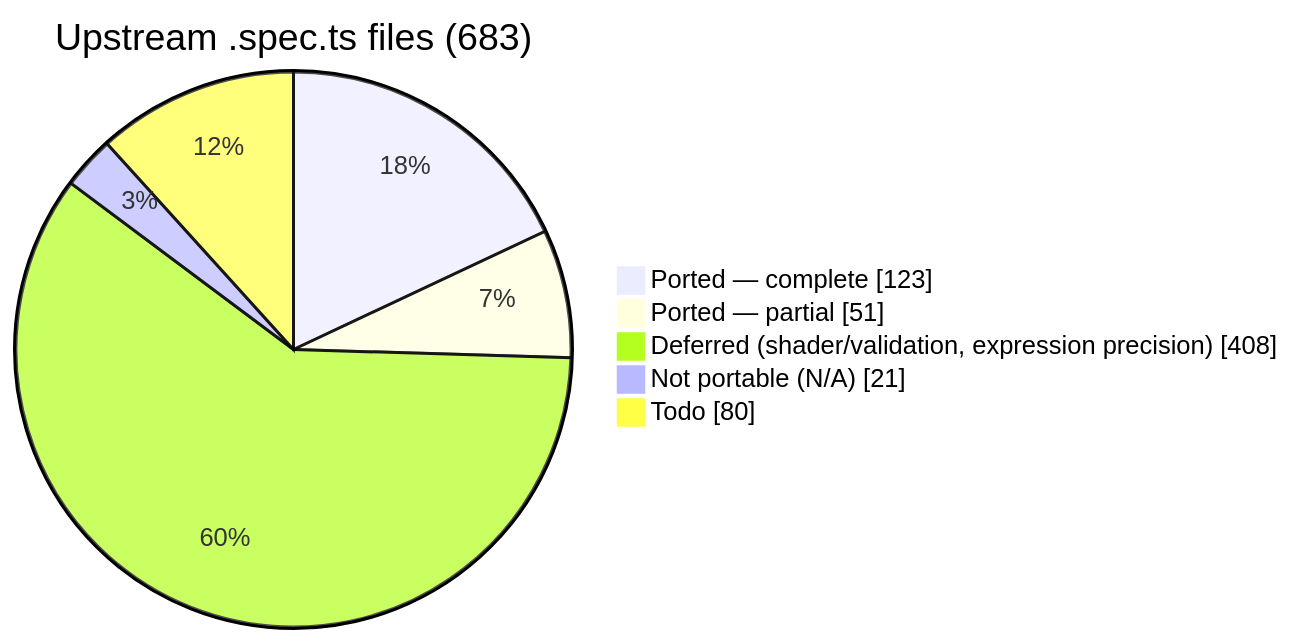
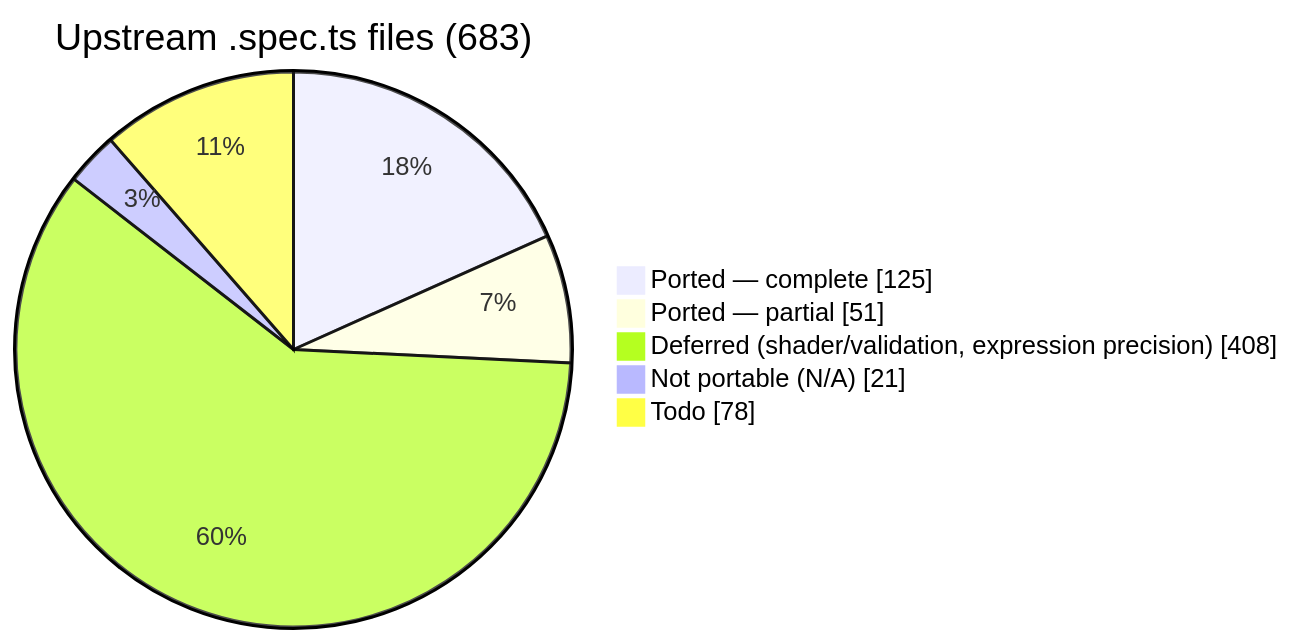
Before and after one commit to infosia/webgpu-native-cts: the first of 2 diagrams in README.md, drawn with Mermaid. The commit also changed other lines of this file and 5 other files, not shown here.

````diff
--- a/README.md
+++ b/README.md
@@ -94,9 +94,9 @@
 ```mermaid
 pie showData
     title Upstream .spec.ts files (683)
-    "Ported — complete" : 123
+    "Ported — complete" : 125
     "Ported — partial" : 51
     "Deferred (shader/validation, expression precision)" : 408
     "Not portable (N/A)" : 21
-    "Todo" : 80
+    "Todo" : 78
 ```
````
